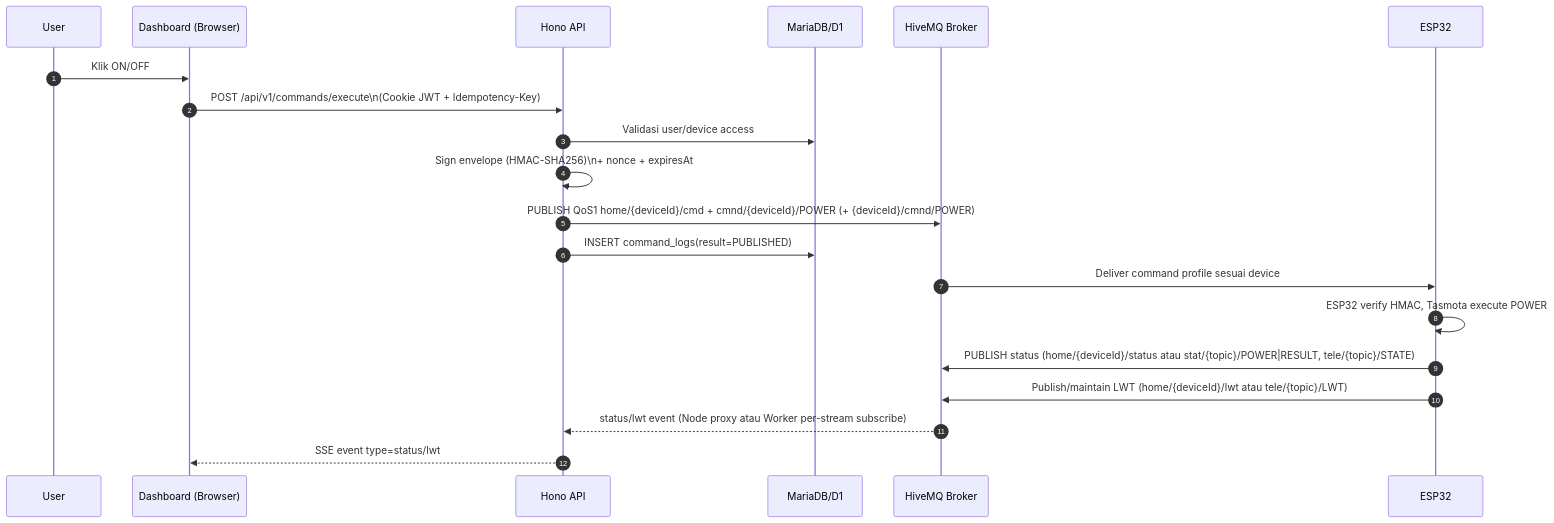
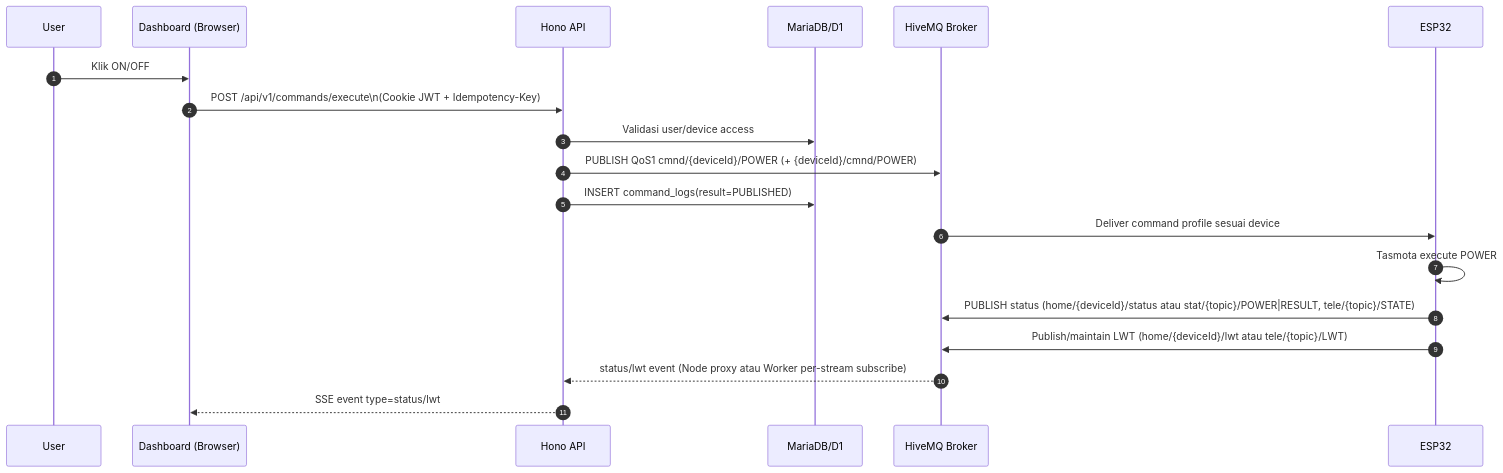
One commit to afaavimala/Lampu-PIntar-Rumah-Tangga changed the third of 6 diagrams in docs/Diagram_Arsitektur_Ekosistem_SmartLamp.md. Above: the diagram before and after it, drawn with Mermaid. The commit also changed other lines of this file and 54 other files, not shown here.

````diff
--- a/docs/Diagram_Arsitektur_Ekosistem_SmartLamp.md
+++ b/docs/Diagram_Arsitektur_Ekosistem_SmartLamp.md
@@ -143,23 +136,22 @@
 ```mermaid
 sequenceDiagram
   autonumber
   participant U as User
   participant FE as Dashboard (Browser)
   participant API as Hono API
   participant DB as MariaDB/D1
   participant MQ as HiveMQ Broker
   participant ESP as ESP32
 
   U->>FE: Klik ON/OFF
   FE->>API: POST /api/v1/commands/execute\n(Cookie JWT + Idempotency-Key)
   API->>DB: Validasi user/device access
-  API->>API: Sign envelope (HMAC-SHA256)\n+ nonce + expiresAt
-  API->>MQ: PUBLISH QoS1 home/{deviceId}/cmd + cmnd/{deviceId}/POWER (+ {deviceId}/cmnd/POWER)
+  API->>MQ: PUBLISH QoS1 cmnd/{deviceId}/POWER (+ {deviceId}/cmnd/POWER)
   API->>DB: INSERT command_logs(result=PUBLISHED)
   MQ->>ESP: Deliver command profile sesuai device
-  ESP->>ESP: ESP32 verify HMAC, Tasmota execute POWER
+  ESP->>ESP: Tasmota execute POWER
   ESP->>MQ: PUBLISH status (home/{deviceId}/status atau stat/{topic}/POWER|RESULT, tele/{topic}/STATE)
   ESP->>MQ: Publish/maintain LWT (home/{deviceId}/lwt atau tele/{topic}/LWT)
   MQ-->>API: status/lwt event (Node proxy atau Worker per-stream subscribe)
   API-->>FE: SSE event type=status/lwt
 ```
````
